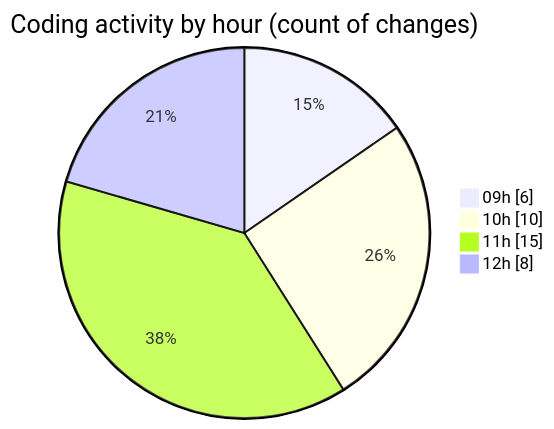
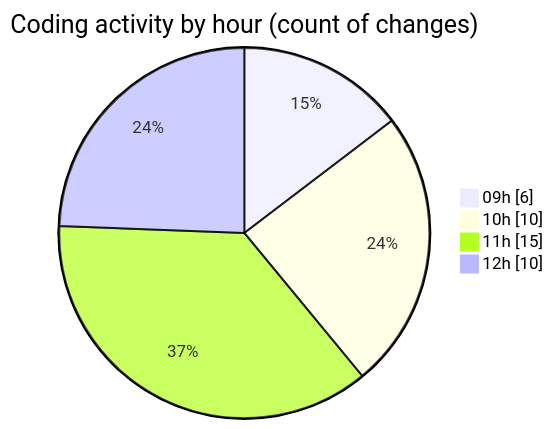
The second of 2 diagrams in 2025-06-04/cda/README.md (momahboobian/code-tracking), drawn with Mermaid before and after one commit. The commit also changed other lines of this file and 1 other file, not shown here.

````diff
--- a/2025-06-04/cda/README.md
+++ b/2025-06-04/cda/README.md
@@ -31,8 +31,8 @@
 ```mermaid
 pie showData
 title Coding activity by hour (count of changes)
 "09h" : 6
 "10h" : 10
 "11h" : 15
-"12h" : 8
+"12h" : 10
 ```
````
